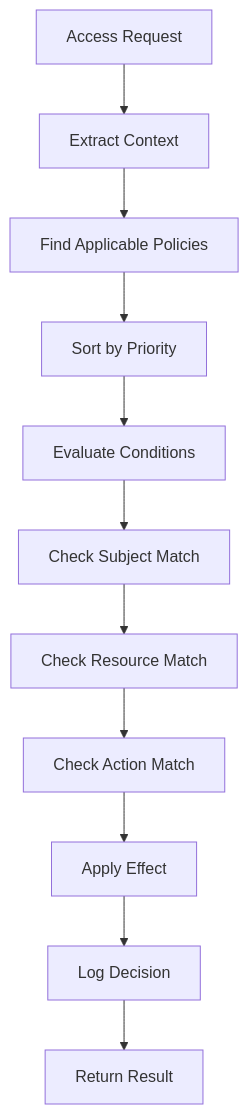
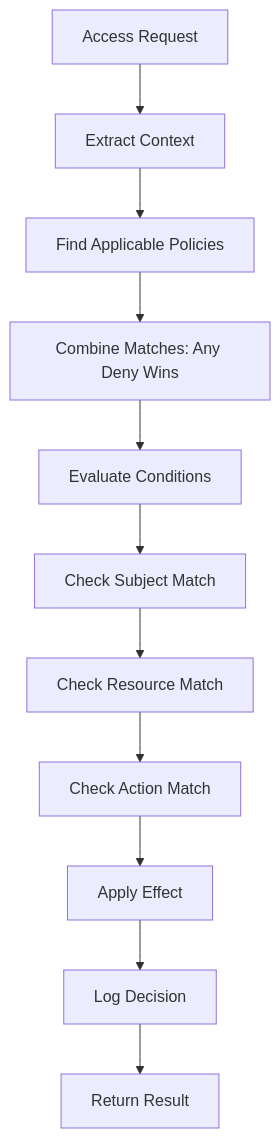
Before and after one commit to jwilleke/ngdpbase: the diagram in docs/design/policy-based-access-control-design.md, drawn with Mermaid. The commit also changed other lines of this file and 48 other files, not shown here.

````diff
--- a/docs/design/policy-based-access-control-design.md
+++ b/docs/design/policy-based-access-control-design.md
@@ -202,13 +201,13 @@
 ```mermaid
 graph TD
     A[Access Request] --> B[Extract Context]
     B --> C[Find Applicable Policies]
-    C --> D[Sort by Priority]
+    C --> D[Combine Matches: Any Deny Wins]
     D --> E[Evaluate Conditions]
     E --> F[Check Subject Match]
     F --> G[Check Resource Match]
     G --> H[Check Action Match]
     H --> I[Apply Effect]
     I --> J[Log Decision]
     J --> K[Return Result]
 ```
````
